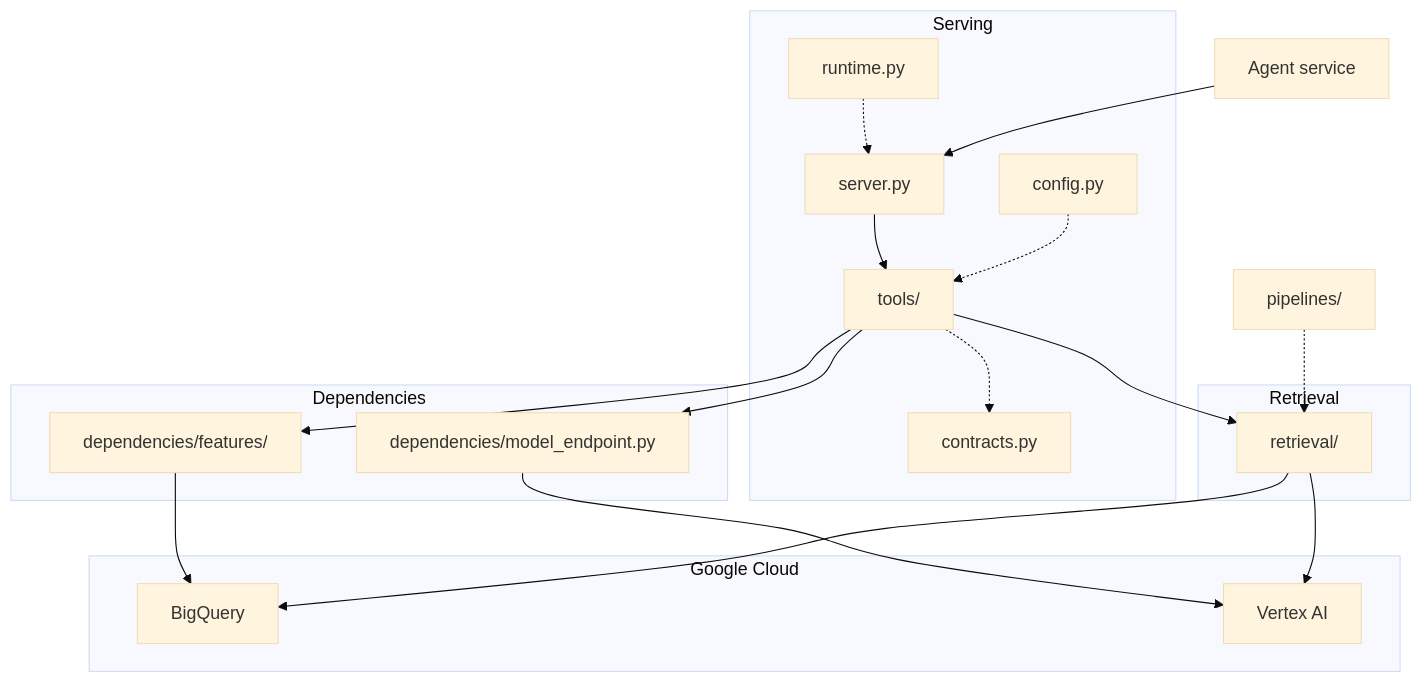
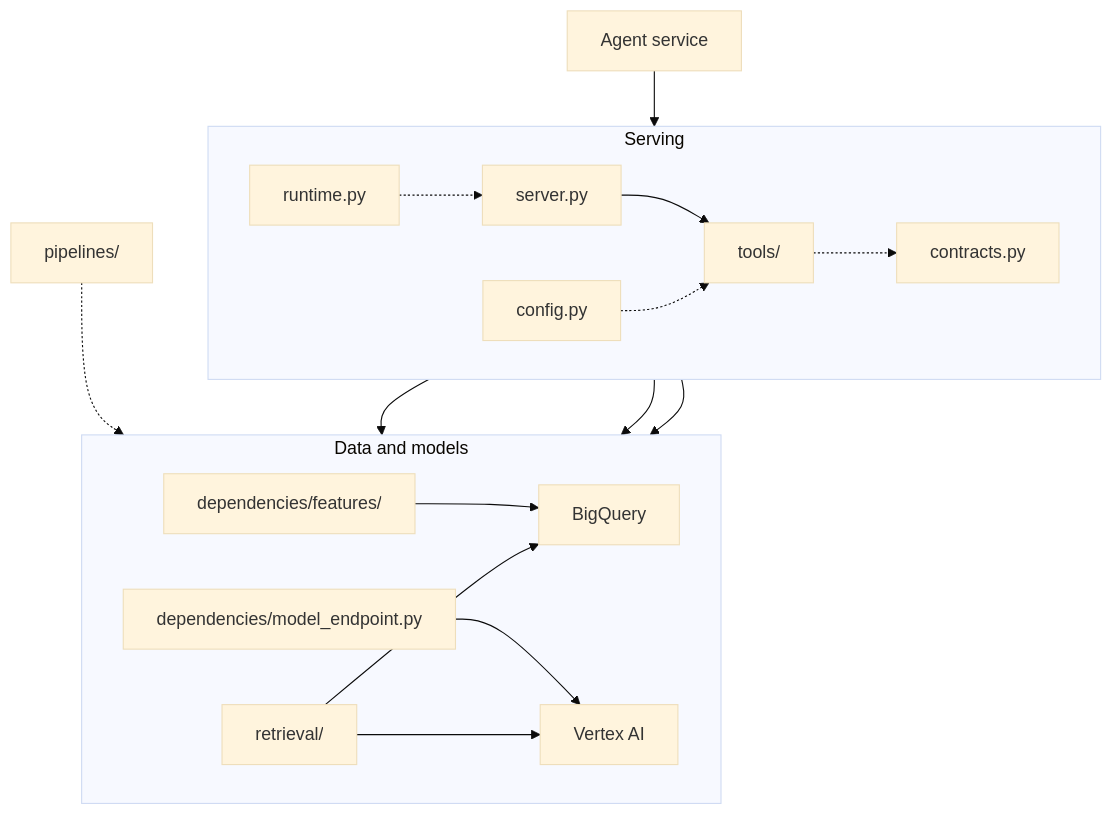
Before and after one commit to DanHerman212/enterprise_clinical_copilot: the diagram in services/mcp/README.md, drawn with Mermaid (base theme). The commit also changed other lines of this file and 1 other file, not shown here.

Commit message:
updated mermaid diagrams and table descriptions

````diff
--- a/services/mcp/README.md
+++ b/services/mcp/README.md
@@ -12,37 +13,28 @@
 ```mermaid
 flowchart TD
   caller["Agent service"]
 
   subgraph srv["Serving"]
+    direction LR
     server["server.py"] --> tools["tools/"]
     tools -.-> contracts["contracts.py"]
     runtime["runtime.py"] -.-> server
     config["config.py"] -.-> tools
   end
 
-  subgraph deps["Dependencies"]
-    features["dependencies/features/"]
-    endpoint["dependencies/model_endpoint.py"]
-  end
-
-  subgraph ret["Retrieval"]
-    retrieval["retrieval/"]
-  end
-
-  subgraph cloud["Google Cloud"]
-    bigquery["BigQuery"]
-    vertex["Vertex AI"]
+  subgraph data["Data and models"]
+    direction LR
+    features["dependencies/features/"] --> bigquery["BigQuery"]
+    endpoint["dependencies/model_endpoint.py"] --> vertex["Vertex AI"]
+    retrieval["retrieval/"] --> bigquery
+    retrieval --> vertex
   end
 
   build["pipelines/"]
 
   caller --> server
   tools --> features
   tools --> endpoint
   tools --> retrieval
-  features --> bigquery
-  endpoint --> vertex
-  retrieval --> bigquery
-  retrieval --> vertex
   build -.-> retrieval
 ```
````
